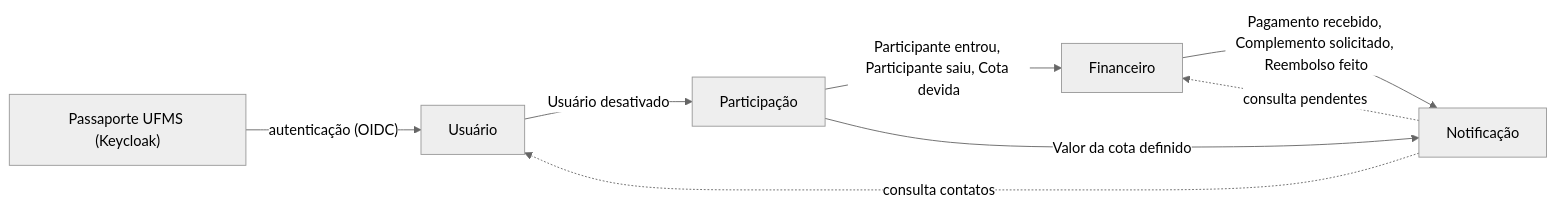
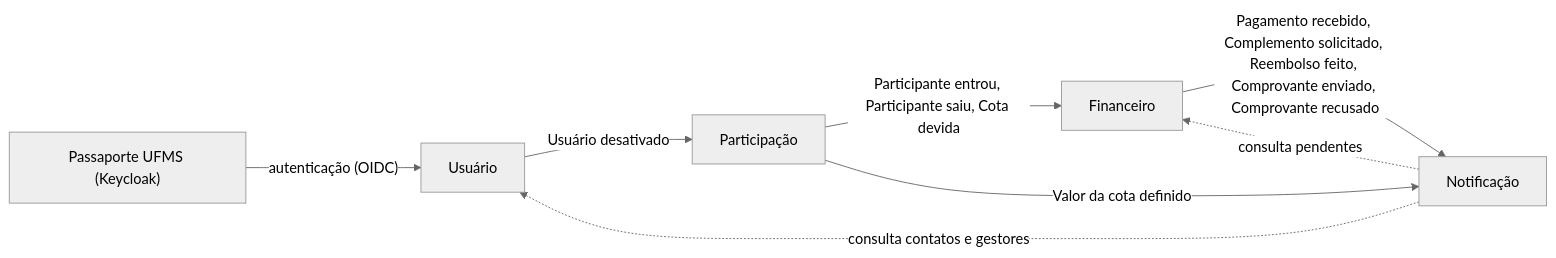
The seventh of 7 diagrams in docs/dominio/MODELOS.md (hsborges/facoffee-app), drawn with Mermaid before and after one commit. The commit also changed other lines of this file and 38 other files, not shown here.

First line of the commit message:
feat(notificacao): avisa o gestor do comprovante enviado e o participante da recusa (#95)

````diff
--- a/docs/dominio/MODELOS.md
+++ b/docs/dominio/MODELOS.md
@@ -266,12 +273,12 @@
 ```mermaid
 %%{init: {"theme": "neutral"}}%%
 flowchart LR
 
     PU["Passaporte UFMS (Keycloak)"] -- "autenticação (OIDC)" --> U["Usuário"]
     U -- "Usuário desativado" --> P["Participação"]
     P -- "Participante entrou, Participante saiu, Cota devida" --> F["Financeiro"]
     P -- "Valor da cota definido" --> N["Notificação"]
-    F -- "Pagamento recebido, Complemento solicitado, Reembolso feito" --> N
-    N -. "consulta contatos" .-> U
+    F -- "Pagamento recebido, Complemento solicitado, Reembolso feito, Comprovante enviado, Comprovante recusado" --> N
+    N -. "consulta contatos e gestores" .-> U
     N -. "consulta pendentes" .-> F
 ```
````
